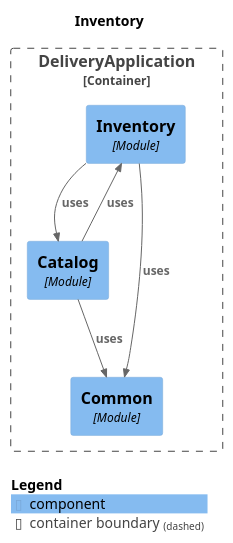
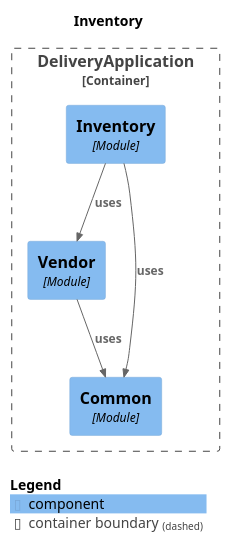
One commit to fxavier/pede-aqui changed the diagram in docs/architecture/modules/module-inventory.puml. Above: the diagram before and after it, drawn with PlantUML. The commit also changed 22 other files, not shown here.

```diff
--- a/docs/architecture/modules/module-inventory.puml
+++ b/docs/architecture/modules/module-inventory.puml
@@ -1,23 +1,22 @@
 @startuml
 set separator none
 title Inventory
 
 top to bottom direction
 
 !include <C4/C4>
 !include <C4/C4_Context>
 !include <C4/C4_Component>
 
 Container_Boundary("DeliveryApplication.DeliveryApplication_boundary", "DeliveryApplication", $tags="") {
   Component(DeliveryApplication.DeliveryApplication.Inventory, "Inventory", $techn="Module", $descr="", $tags="", $link="")
-  Component(DeliveryApplication.DeliveryApplication.Catalog, "Catalog", $techn="Module", $descr="", $tags="", $link="")
+  Component(DeliveryApplication.DeliveryApplication.Vendor, "Vendor", $techn="Module", $descr="", $tags="", $link="")
   Component(DeliveryApplication.DeliveryApplication.Common, "Common", $techn="Module", $descr="", $tags="", $link="")
 }
 
-Rel(DeliveryApplication.DeliveryApplication.Catalog, DeliveryApplication.DeliveryApplication.Inventory, "uses", $techn="", $tags="", $link="")
-Rel(DeliveryApplication.DeliveryApplication.Catalog, DeliveryApplication.DeliveryApplication.Common, "uses", $techn="", $tags="", $link="")
+Rel(DeliveryApplication.DeliveryApplication.Vendor, DeliveryApplication.DeliveryApplication.Common, "uses", $techn="", $tags="", $link="")
 Rel(DeliveryApplication.DeliveryApplication.Inventory, DeliveryApplication.DeliveryApplication.Common, "uses", $techn="", $tags="", $link="")
-Rel(DeliveryApplication.DeliveryApplication.Inventory, DeliveryApplication.DeliveryApplication.Catalog, "uses", $techn="", $tags="", $link="")
+Rel(DeliveryApplication.DeliveryApplication.Inventory, DeliveryApplication.DeliveryApplication.Vendor, "uses", $techn="", $tags="", $link="")
 
 SHOW_LEGEND(true)
 @enduml
```
